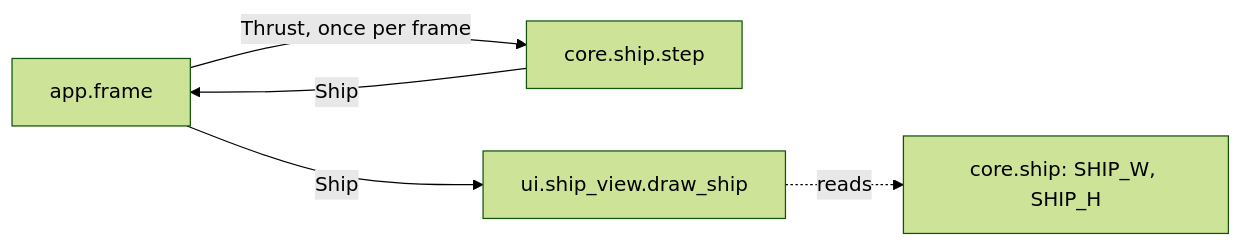
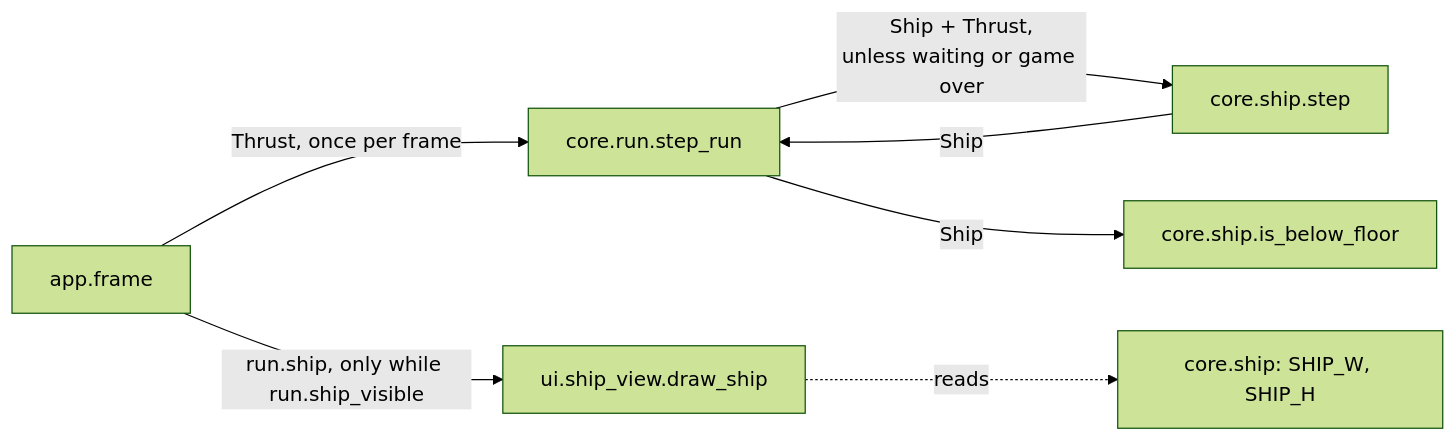
Before and after one commit to david-mntl/driftward-ace: the second of 2 diagrams in docs/contracts/systems/ship.md, drawn with Mermaid (forest theme). The commit also changed other lines of this file and 11 other files, not shown here.

````diff
--- a/docs/contracts/systems/ship.md
+++ b/docs/contracts/systems/ship.md
@@ -40,7 +40,9 @@
 ```mermaid
 flowchart LR
-  APP["app.frame"] -- "Thrust, once per frame" --> STEP["core.ship.step"]
-  STEP -- "Ship" --> APP
-  APP -- "Ship" --> VIEW["ui.ship_view.draw_ship"]
+  APP["app.frame"] -- "Thrust, once per frame" --> RUN["core.run.step_run"]
+  RUN -- "Ship + Thrust,<br/>unless waiting or game over" --> STEP["core.ship.step"]
+  STEP -- "Ship" --> RUN
+  RUN -- "Ship" --> FL["core.ship.is_below_floor"]
+  APP -- "run.ship, only while run.ship_visible" --> VIEW["ui.ship_view.draw_ship"]
   VIEW -. reads .-> C["core.ship: SHIP_W, SHIP_H"]
 ```
````
